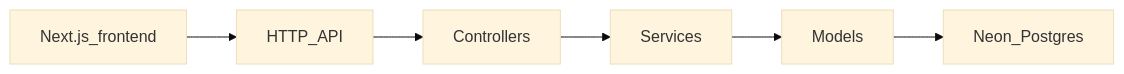
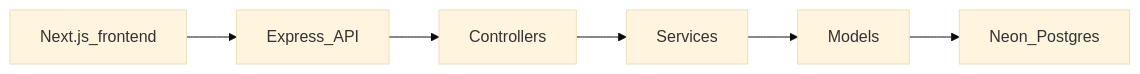
One commit to YairEliyahu/Financial-advice changed the diagram in README.he.md. Above: the diagram before and after it, drawn with Mermaid (base theme). The commit also changed other lines of this file and 71 other files, not shown here.

````diff
--- a/README.he.md
+++ b/README.he.md
@@ -34,15 +34,15 @@
 ```mermaid
 flowchart LR
   web[Next.js_frontend]
-  api[HTTP_API]
+  api[Express_API]
   controller[Controllers]
   service[Services]
   model[Models]
   db[Neon_Postgres]
 
   web --> api
   api --> controller
   controller --> service
   service --> model
   model --> db
 ```
````
